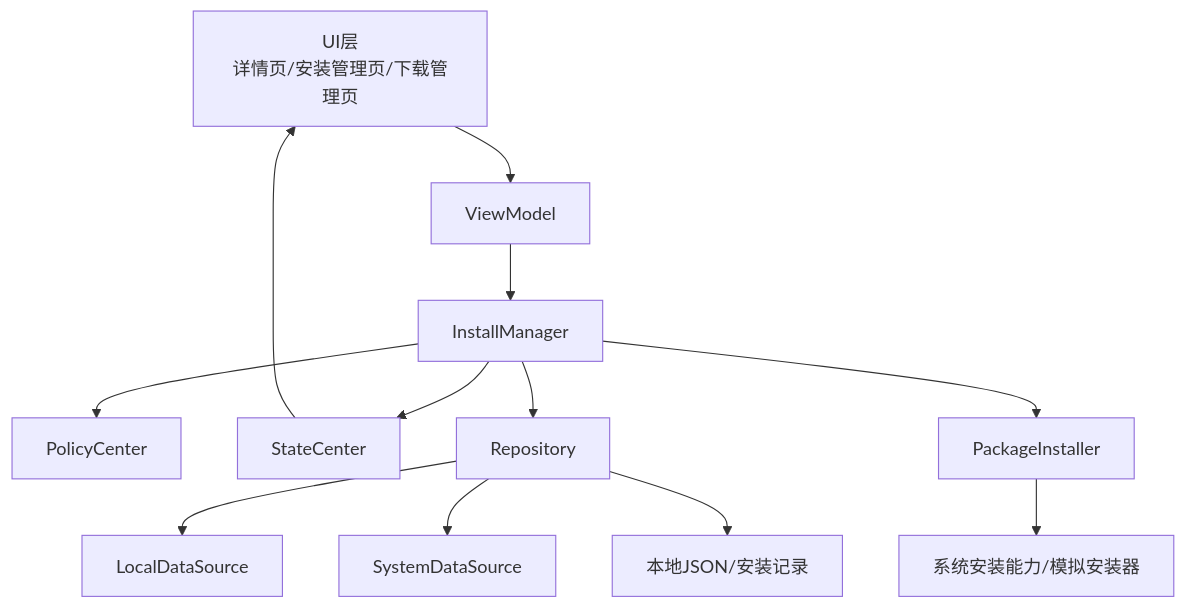
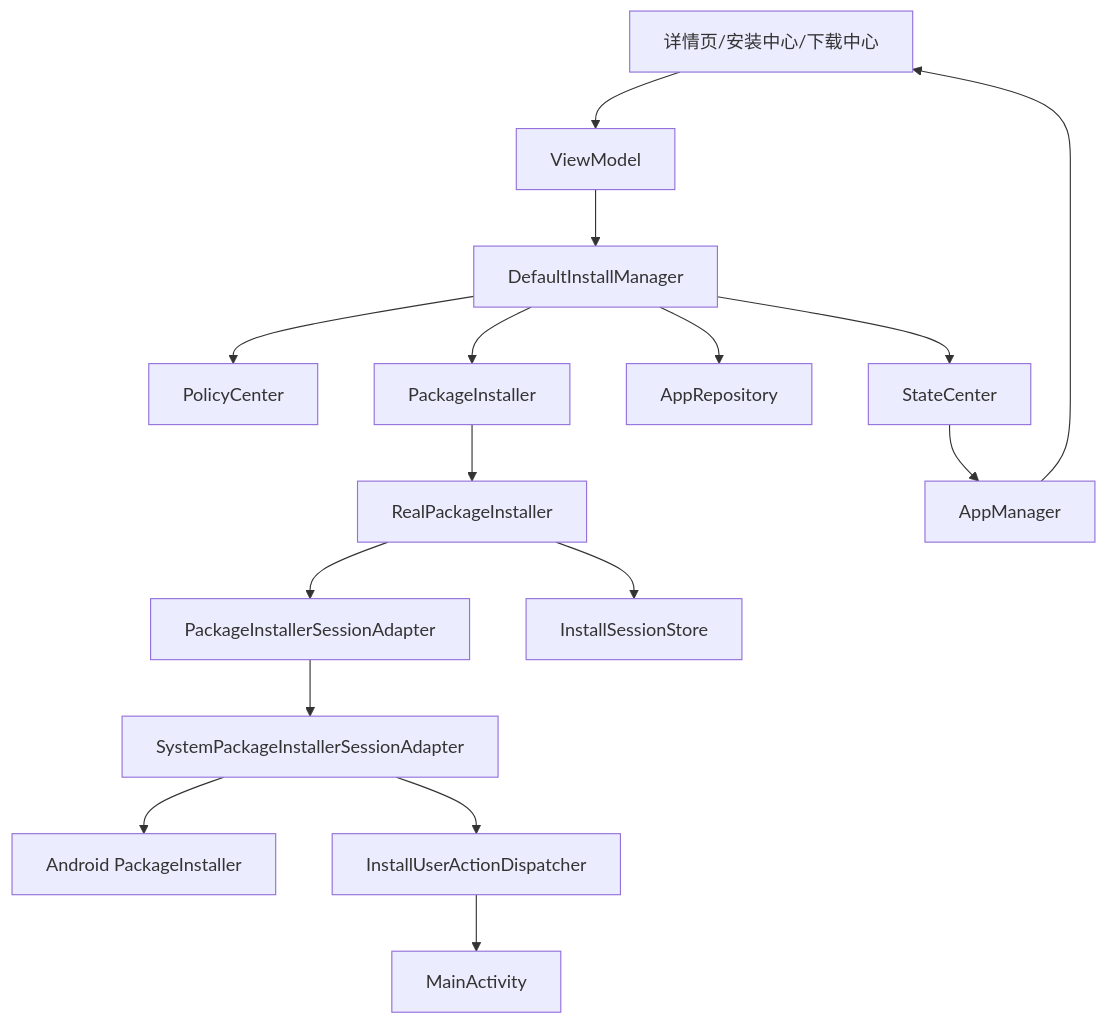
The first of 5 diagrams in docs/10-安装模块架构与流程.md (XZQ/CarAppStore), drawn with Mermaid before and after one commit. The commit also changed other lines of this file and 35 other files, not shown here.

Commit message:
Docs: reorganize architecture docs and handoff guide

````diff
--- a/docs/10-安装模块架构与流程.md
+++ b/docs/10-安装模块架构与流程.md
@@ -36,19 +37,22 @@
 ```mermaid
 flowchart TD
 
-UI[UI层\n详情页/安装管理页/下载管理页] --> VM[ViewModel]
-VM --> IM[InstallManager]
+UI[详情页/安装中心/下载中心] --> VM[ViewModel]
+VM --> IM[DefaultInstallManager]
 
 IM --> PC[PolicyCenter]
 IM --> SC[StateCenter]
-IM --> REPO[Repository]
+IM --> REPO[AppRepository]
 IM --> PI[PackageInstaller]
 
-REPO --> LOCAL[LocalDataSource]
-REPO --> SYSTEM[SystemDataSource]
-REPO --> STORE[本地JSON/安装记录]
+PI --> RPI[RealPackageInstaller]
+RPI --> SA[PackageInstallerSessionAdapter]
+SA --> SPI[SystemPackageInstallerSessionAdapter]
+SPI --> ANDROID[Android PackageInstaller]
+RPI --> SS[InstallSessionStore]
+SPI --> DISPATCHER[InstallUserActionDispatcher]
 
-PI --> PM[系统安装能力/模拟安装器]
-
-SC --> UI
+DISPATCHER --> ACT[MainActivity]
+SC --> AM[AppManager]
+AM --> UI
 ```
````
